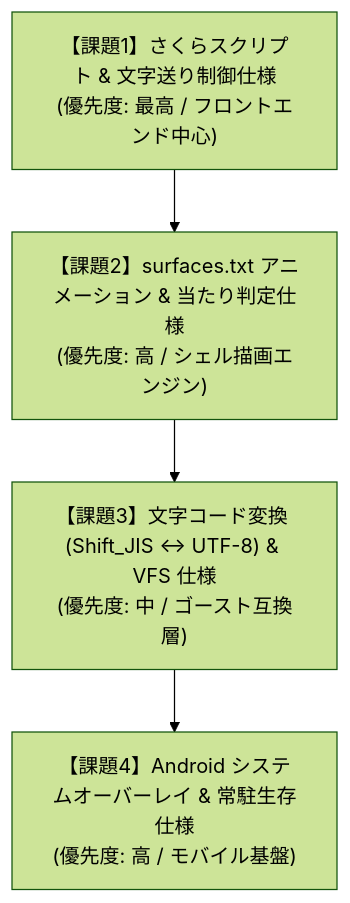
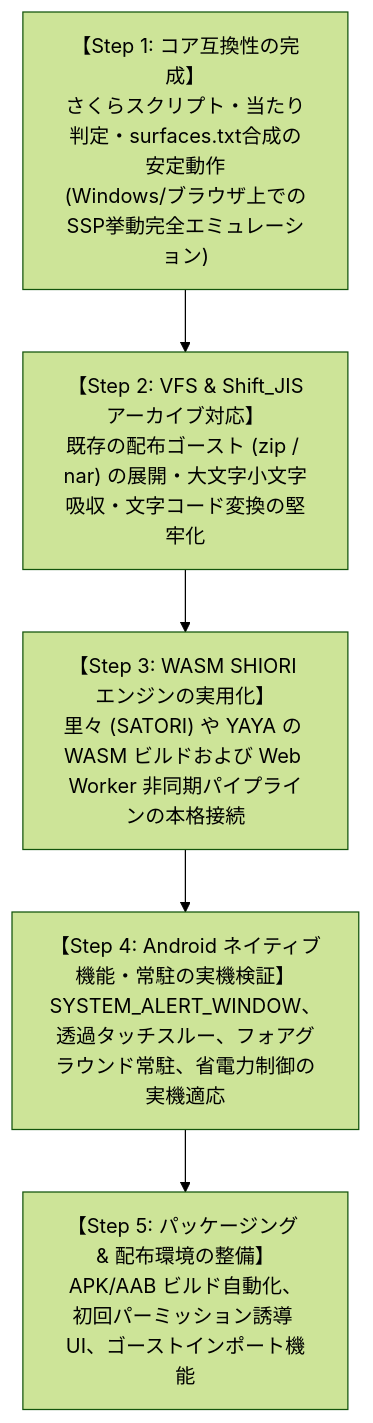
The diagram in docs/design/pending-issues-and-roadmap.md (nanaisisi/nanai-android-mascot), drawn with Mermaid (forest theme) before and after one commit. The commit also changed other lines of this file, not shown here.

Commit message:
docs: add pending issues and roadmap document

````diff
--- a/docs/design/pending-issues-and-roadmap.md
+++ b/docs/design/pending-issues-and-roadmap.md
@@ -9,11 +26,13 @@
 ```mermaid
 flowchart TD
-    Task1["【課題1】さくらスクリプト & 文字送り制御仕様<br>(優先度: 最高 / フロントエンド中心)"]
-    Task2["【課題2】surfaces.txt アニメーション & 当たり判定仕様<br>(優先度: 高 / シェル描画エンジン)"]
-    Task3["【課題3】文字コード変換 (Shift_JIS ↔ UTF-8) & VFS 仕様<br>(優先度: 中 / ゴースト互換層)"]
-    Task4["【課題4】Android システムオーバーレイ & 常駐生存仕様<br>(優先度: 高 / モバイル基盤)"]
+    Step1["【Step 1: コア互換性の完成】<br>さくらスクリプト・当たり判定・surfaces.txt合成の安定動作<br>(Windows/ブラウザ上でのSSP挙動完全エミュレーション)"]
+    Step2["【Step 2: VFS & Shift_JISアーカイブ対応】<br>既存の配布ゴースト (zip / nar) の展開・大文字小文字吸収・文字コード変換の堅牢化"]
+    Step3["【Step 3: WASM SHIORI エンジンの実用化】<br>里々 (SATORI) や YAYA の WASM ビルドおよび Web Worker 非同期パイプラインの本格接続"]
+    Step4["【Step 4: Android ネイティブ機能・常駐の実機検証】<br>SYSTEM_ALERT_WINDOW、透過タッチスルー、フォアグラウンド常駐、省電力制御の実機適応"]
+    Step5["【Step 5: パッケージング & 配布環境の整備】<br>APK/AAB ビルド自動化、初回パーミッション誘導 UI、ゴーストインポート機能"]
 
-    Task1 --> Task2
-    Task2 --> Task3
-    Task3 --> Task4
+    Step1 --> Step2
+    Step2 --> Step3
+    Step3 --> Step4
+    Step4 --> Step5
 ```
````
